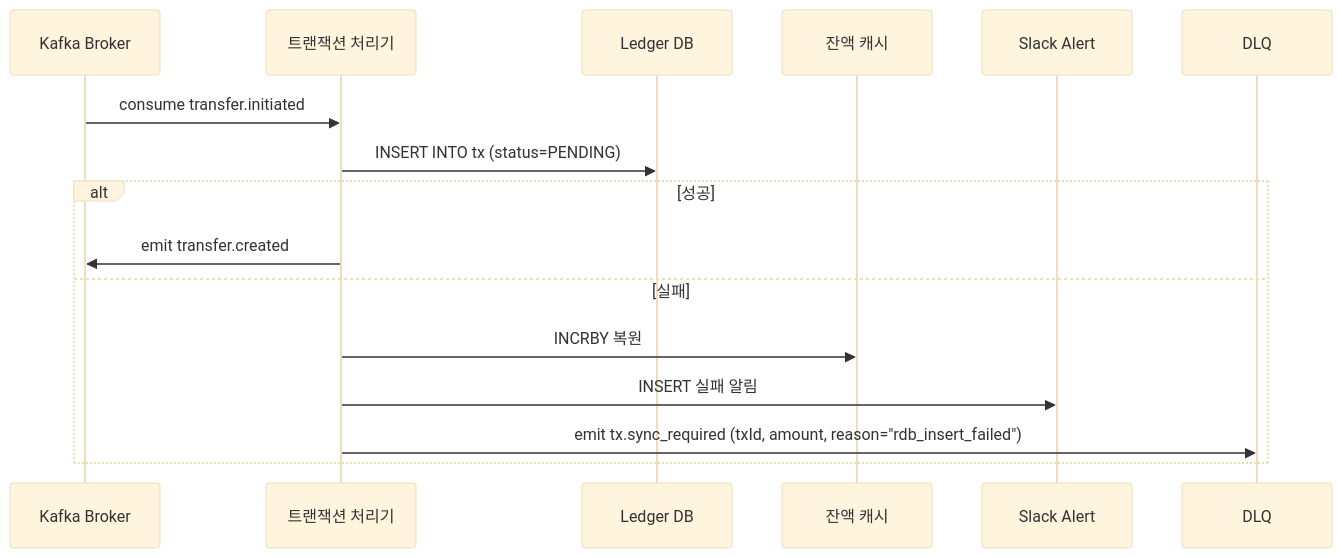
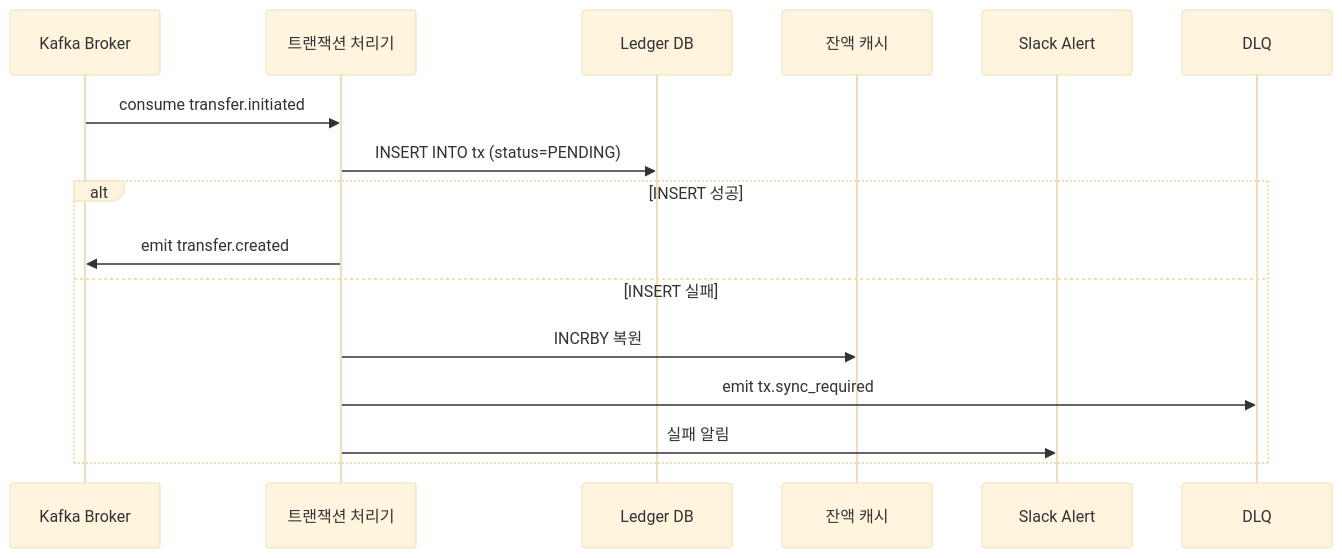
Before and after one commit to hyungkishin/FDS-System: the third of 7 diagrams in GUIDE_REFACTOR.md, drawn with Mermaid (base theme). The commit also changed other lines of this file, not shown here.

````diff
--- a/GUIDE_REFACTOR.md
+++ b/GUIDE_REFACTOR.md
@@ -67,19 +83,19 @@
 ```mermaid
 sequenceDiagram
     participant Kafka as Kafka Broker
     participant TxWorker as 트랜잭션 처리기
     participant RDB as Ledger DB
     participant Redis as 잔액 캐시
     participant Slack as Slack Alert
     participant DLQ as DLQ
 
     Kafka->>TxWorker: consume transfer.initiated
     TxWorker->>RDB: INSERT INTO tx (status=PENDING)
-    alt 성공
+    alt INSERT 성공
         TxWorker->>Kafka: emit transfer.created
-    else 실패
+    else INSERT 실패
         TxWorker->>Redis: INCRBY 복원
-        TxWorker->>Slack: INSERT 실패 알림
-        TxWorker->>DLQ: emit tx.sync_required (txId, amount, reason="rdb_insert_failed")
+        TxWorker->>DLQ: emit tx.sync_required
+        TxWorker->>Slack: 실패 알림
     end
 ```
````
